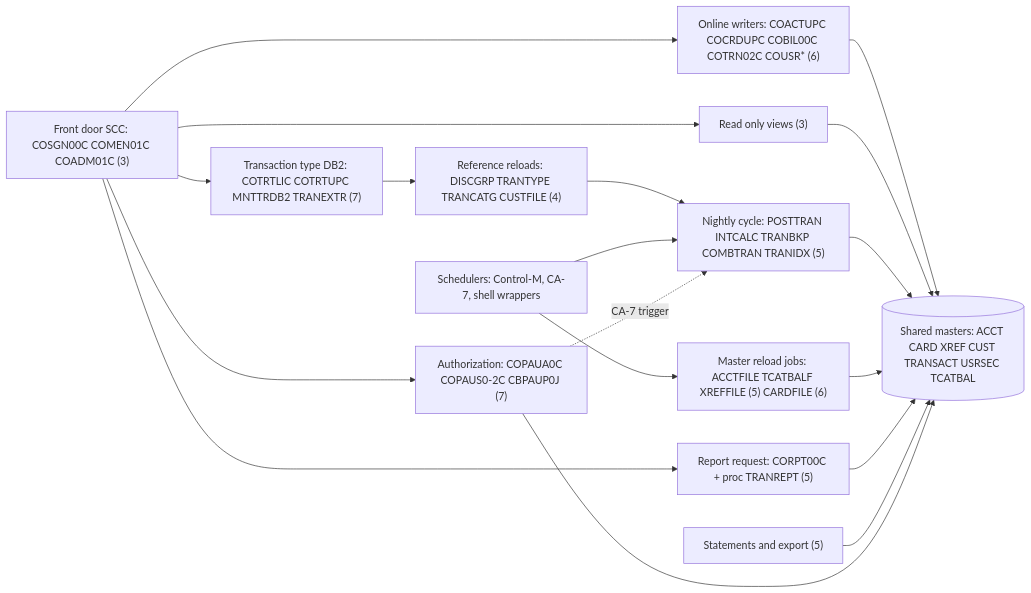
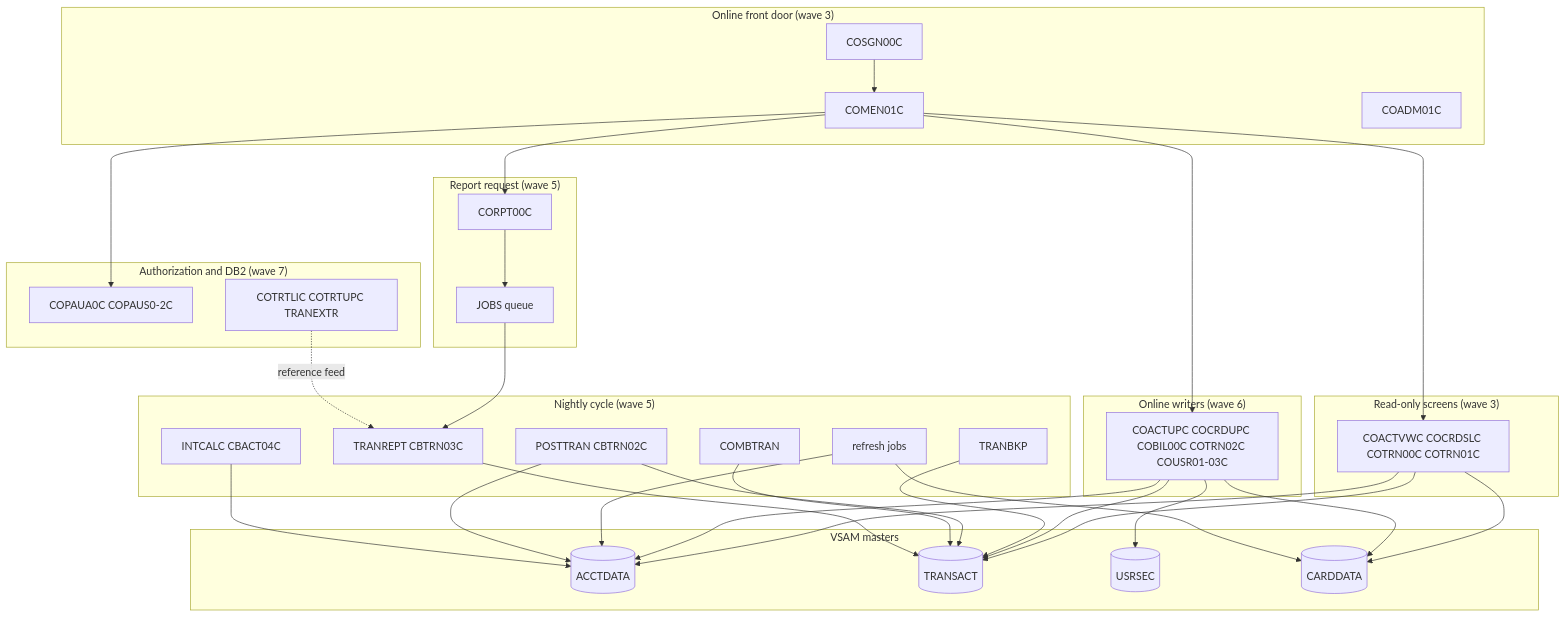
Before and after one commit to Sparq-Holding-Inc/claude-legacy-modernization: the diagram in evals/runs/carddemo-1/modernization-assessment/02-coupling.md, drawn with Mermaid. The commit also changed other lines of this file and 217 other files, not shown here.

````diff
--- a/evals/runs/carddemo-1/modernization-assessment/02-coupling.md
+++ b/evals/runs/carddemo-1/modernization-assessment/02-coupling.md
@@ -57,32 +58,49 @@
 ```mermaid
-graph LR
-  FD["Front door SCC: COSGN00C COMEN01C COADM01C (3)"]
-  VIEW["Read only views (3)"]
-  OW["Online writers: COACTUPC COCRDUPC COBIL00C COTRN02C COUSR* (6)"]
-  RPT["Report request: CORPT00C + proc TRANREPT (5)"]
-  CYC["Nightly cycle: POSTTRAN INTCALC TRANBKP COMBTRAN TRANIDX (5)"]
-  RLD["Master reload jobs: ACCTFILE TCATBALF XREFFILE (5) CARDFILE (6)"]
-  REF["Reference reloads: DISCGRP TRANTYPE TRANCATG CUSTFILE (4)"]
-  MST[("Shared masters: ACCT CARD XREF CUST TRANSACT USRSEC TCATBAL")]
-  STM["Statements and export (5)"]
-  AUTH["Authorization: COPAUA0C COPAUS0-2C CBPAUP0J (7)"]
-  TTY["Transaction type DB2: COTRTLIC COTRTUPC MNTTRDB2 TRANEXTR (7)"]
-  SCH["Schedulers: Control-M, CA-7, shell wrappers"]
-  FD --> VIEW
-  FD --> OW
-  FD --> RPT
-  FD --> AUTH
-  FD --> TTY
-  OW --> MST
-  VIEW --> MST
-  CYC --> MST
-  RLD --> MST
-  REF --> CYC
-  RPT --> MST
-  STM --> MST
-  AUTH --> MST
-  TTY --> REF
-  SCH --> CYC
-  SCH --> RLD
-  AUTH -. "CA-7 trigger" .-> CYC
+graph TD
+  subgraph Front["Online front door (wave 3)"]
+    SGN[COSGN00C]
+    MEN[COMEN01C]
+    ADM[COADM01C]
+  end
+  subgraph Screens["Read-only screens (wave 3)"]
+    VIEW[COACTVWC COCRDSLC COTRN00C COTRN01C]
+  end
+  subgraph Writers["Online writers (wave 6)"]
+    WR[COACTUPC COCRDUPC COBIL00C COTRN02C COUSR01-03C]
+  end
+  subgraph Masters["VSAM masters"]
+    ACCT[(ACCTDATA)]
+    TRAN[(TRANSACT)]
+    USR[(USRSEC)]
+    CARD[(CARDDATA)]
+  end
+  subgraph Cycle["Nightly cycle (wave 5)"]
+    REF[refresh jobs]
+    BKP[TRANBKP]
+    POST[POSTTRAN CBTRN02C]
+    INT[INTCALC CBACT04C]
+    COMB[COMBTRAN]
+    REP[TRANREPT CBTRN03C]
+  end
+  subgraph Rpt["Report request (wave 5)"]
+    RPT[CORPT00C]
+    JOBQ[JOBS queue]
+  end
+  subgraph Auth["Authorization and DB2 (wave 7)"]
+    AUTH[COPAUA0C COPAUS0-2C]
+    DB2T[COTRTLIC COTRTUPC TRANEXTR]
+  end
+  SGN --> MEN --> VIEW
+  MEN --> WR
+  MEN --> RPT --> JOBQ --> REP
+  MEN --> AUTH
+  VIEW --> ACCT & TRAN & CARD
+  WR --> ACCT & TRAN & USR & CARD
+  REF --> ACCT & CARD
+  BKP --> TRAN
+  POST --> TRAN & ACCT
+  INT --> ACCT
+  COMB --> TRAN
+  REP --> TRAN
+  DB2T -. reference feed .-> REP
 ```
````
